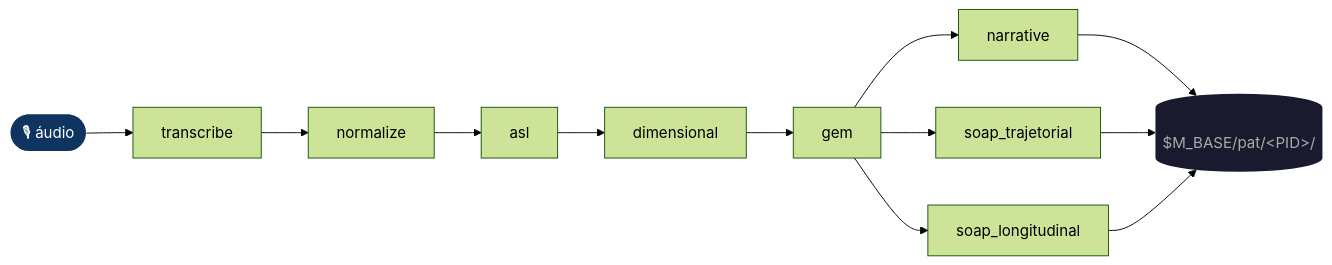
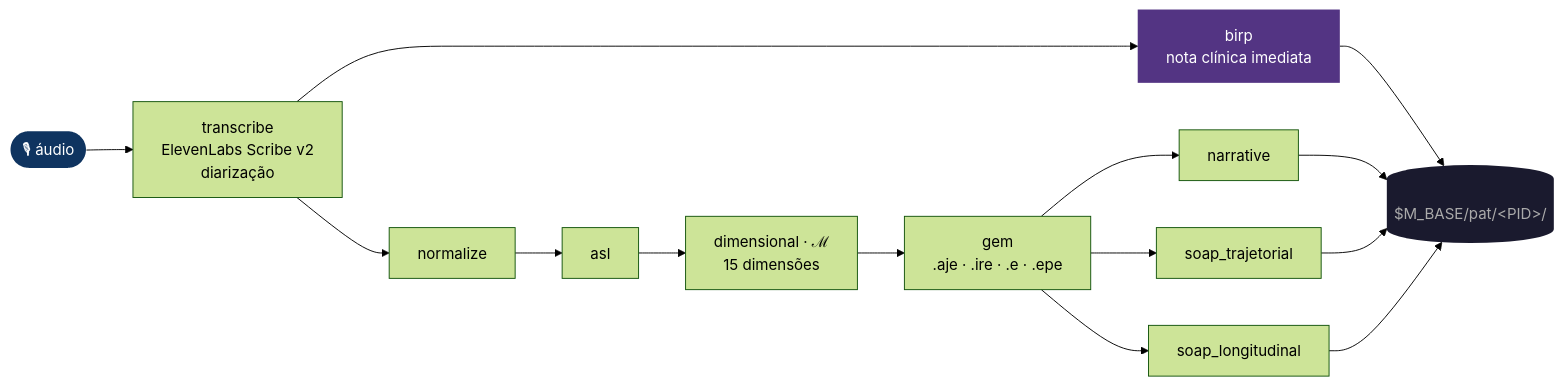
One commit to myselfgus/m changed the first of 5 diagrams in README.md. Above: the diagram before and after it, drawn with Mermaid (forest theme). The commit also changed other lines of this file and 16 other files, not shown here.

````diff
--- a/README.md
+++ b/README.md
@@ -35,18 +37,23 @@
 ```mermaid
 flowchart LR
-    A([🎙 áudio]) --> T[transcribe]
+    A([🎙 áudio]) --> T[transcribe<br/>ElevenLabs Scribe v2<br/>diarização]
+
+    T --> B["birp<br/>nota clínica imediata"]:::a
+
     T --> N[normalize]
     N --> ASL[asl]
-    ASL --> D[dimensional]
-    D --> G[gem]
+    ASL --> D["dimensional · ℳ<br/>15 dimensões"]
+    D --> G["gem<br/>.aje · .ire · .e · .epe"]
     G --> NR[narrative]
     G --> ST[soap_trajetorial]
     G --> SL[soap_longitudinal]
 
-    NR --> FS[($M_BASE/pat/&lt;PID&gt;/)]
+    B --> FS[($M_BASE/pat/&lt;PID&gt;/)]
+    NR --> FS
     ST --> FS
     SL --> FS
 
+    classDef a fill:#533483,color:#fff,stroke:none
     style A fill:#0f3460,color:#fff,stroke:none
     style FS fill:#1a1a2e,color:#aaa,stroke:none
 ```
````
